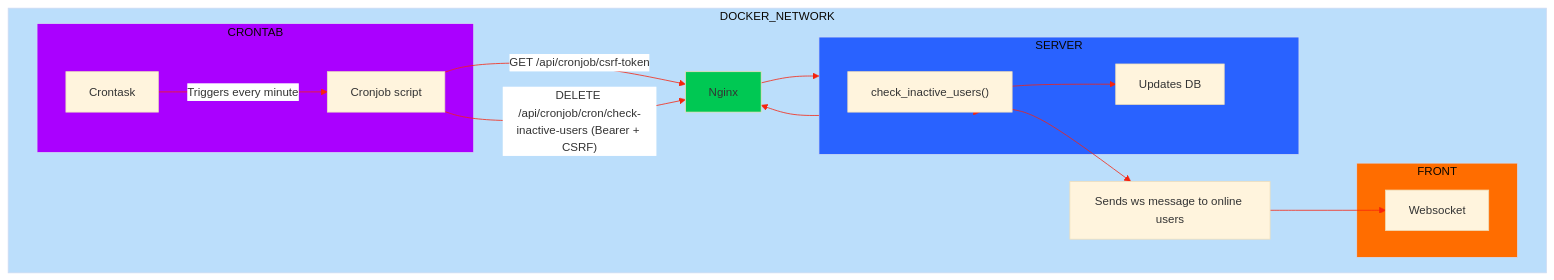
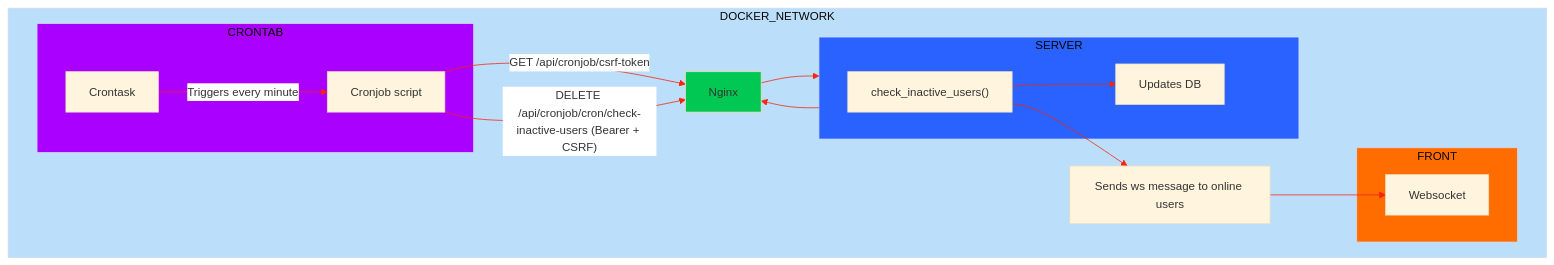
One commit to ysengoku/42-ft_transcendence changed the diagram in doc/crontab/CRONTAB.md. Above: the diagram before and after it, drawn with Mermaid.

````diff
--- a/doc/crontab/CRONTAB.md
+++ b/doc/crontab/CRONTAB.md
@@ -99,46 +99,46 @@
 ```mermaid
 ---
 config:
   layout: dagre
   look: classic
   theme: base
   themeVariables:
     lineColor: '#f7230c'
     textColor: '#191919'
     fontSize: 15px
     nodeTextColor: '#000'
     edgeLabelBackground: '#fff'
 ---
 flowchart TD
 subgraph CRONJOB["CRONTAB"]
 A["Cronjob script"]
 T["Crontask"]
 end
 subgraph SERVER["SERVER"]
 D["check_inactive_users()"]
 E["Updates DB"]
 end
 subgraph FRONT["FRONT"]
 W["Websocket"]
 end
 subgraph DOCKER_NETWORK["DOCKER_NETWORK"]
 CRONJOB
 B["Nginx"]
 F["Sends ws message to online users"]
 SERVER
 FRONT
 end
 T -- "Triggers every minute" --> A
 A -- "GET /api/cronjob/csrf-token" --> B
 B --> SERVER
-SERVER --> B & D
+SERVER --> B
 A -- "DELETE /api/cronjob/cron/check-inactive-users (Bearer + CSRF)" --> B
 D --> E
 D --> F --> W
 
     style CRONJOB fill:#AA00FF
     style B fill:#00C853
     style SERVER fill:#2962FF
     style FRONT fill:#FF6D00
     style DOCKER_NETWORK fill:#BBDEFB
 ```
````
